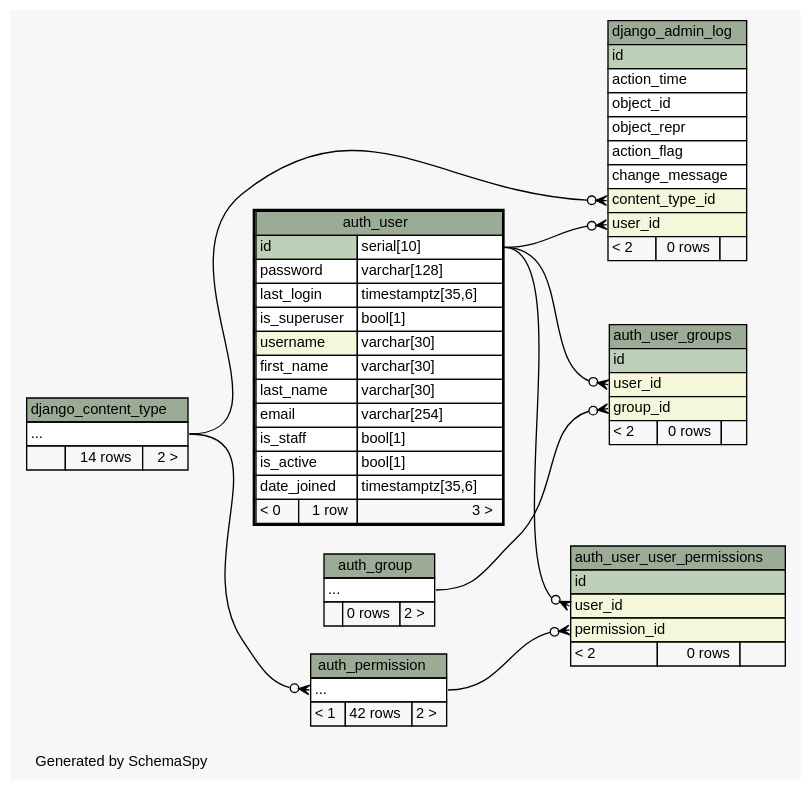
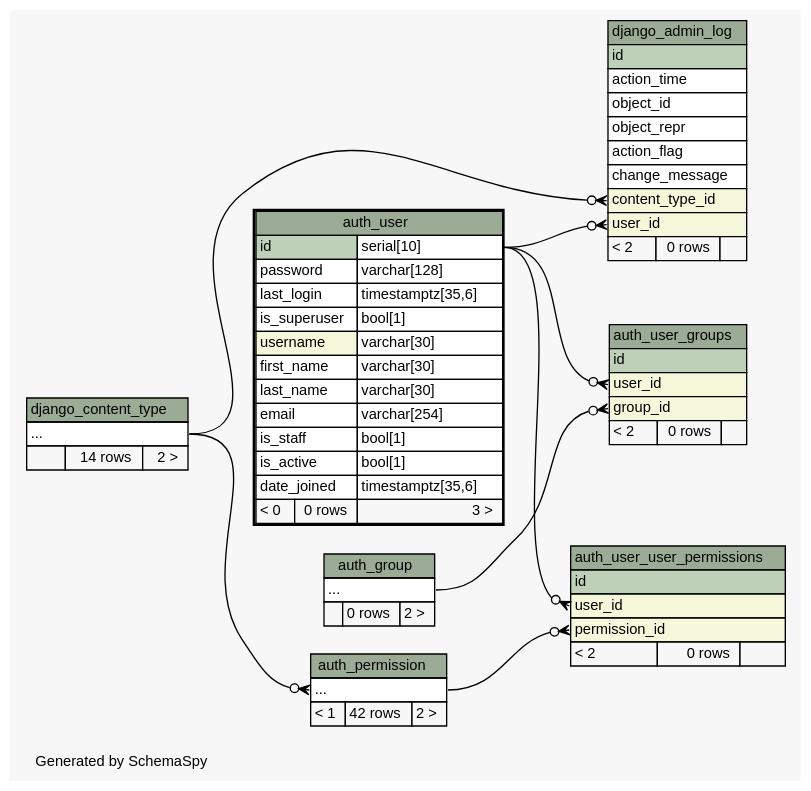
The diagram in database/schema/diagrams/auth_user.2degrees.dot (jingyayeah/multiscale-galactose), drawn with Graphviz before and after one commit. The commit also changed 79 other files, not shown here.

Commit message:
Optimized queries with select_related and prefatch_related and new database schema overview

```diff
--- a/database/schema/diagrams/auth_user.2degrees.dot
+++ b/database/schema/diagrams/auth_user.2degrees.dot
@@ -1,120 +1,120 @@
 // dot 2.36.0 on Linux 3.13.0-43-generic
 // SchemaSpy rev 590
 digraph "twoDegreesRelationshipsDiagram" {
   graph [
     rankdir="RL"
     bgcolor="#f7f7f7"
     label="\nGenerated by SchemaSpy"
     labeljust="l"
     nodesep="0.18"
     ranksep="0.46"
     fontname="Helvetica"
     fontsize="11"
   ];
   node [
     fontname="Helvetica"
     fontsize="11"
     shape="plaintext"
   ];
   edge [
     arrowsize="0.8"
   ];
   "auth_permission":"elipses":w -> "django_content_type":"elipses":e [arrowhead=none dir=back arrowtail=crowodot];
   "auth_user_groups":"group_id":w -> "auth_group":"elipses":e [arrowhead=none dir=back arrowtail=crowodot];
   "auth_user_groups":"user_id":w -> "auth_user":"id.type":e [arrowhead=none dir=back arrowtail=crowodot];
   "auth_user_user_permissions":"permission_id":w -> "auth_permission":"elipses":e [arrowhead=none dir=back arrowtail=crowodot];
   "auth_user_user_permissions":"user_id":w -> "auth_user":"id.type":e [arrowhead=none dir=back arrowtail=crowodot];
   "django_admin_log":"content_type_id":w -> "django_content_type":"elipses":e [arrowhead=none dir=back arrowtail=crowodot];
   "django_admin_log":"user_id":w -> "auth_user":"id.type":e [arrowhead=none dir=back arrowtail=crowodot];
   "auth_group" [
     label=<
     <TABLE BORDER="0" CELLBORDER="1" CELLSPACING="0" BGCOLOR="#ffffff">
       <TR><TD COLSPAN="3" BGCOLOR="#9bab96" ALIGN="CENTER">auth_group</TD></TR>
       <TR><TD PORT="elipses" COLSPAN="3" ALIGN="LEFT">...</TD></TR>
       <TR><TD ALIGN="LEFT" BGCOLOR="#f7f7f7">  </TD><TD ALIGN="RIGHT" BGCOLOR="#f7f7f7">0 rows</TD><TD ALIGN="RIGHT" BGCOLOR="#f7f7f7">2 &gt;</TD></TR>
     </TABLE>>
     URL="auth_group.html"
     tooltip="auth_group"
   ];
   "auth_permission" [
     label=<
     <TABLE BORDER="0" CELLBORDER="1" CELLSPACING="0" BGCOLOR="#ffffff">
       <TR><TD COLSPAN="3" BGCOLOR="#9bab96" ALIGN="CENTER">auth_permission</TD></TR>
       <TR><TD PORT="elipses" COLSPAN="3" ALIGN="LEFT">...</TD></TR>
       <TR><TD ALIGN="LEFT" BGCOLOR="#f7f7f7">&lt; 1</TD><TD ALIGN="RIGHT" BGCOLOR="#f7f7f7">42 rows</TD><TD ALIGN="RIGHT" BGCOLOR="#f7f7f7">2 &gt;</TD></TR>
     </TABLE>>
     URL="auth_permission.html"
     tooltip="auth_permission"
   ];
   "auth_user" [
     label=<
     <TABLE BORDER="2" CELLBORDER="1" CELLSPACING="0" BGCOLOR="#ffffff">
       <TR><TD COLSPAN="3" BGCOLOR="#9bab96" ALIGN="CENTER">auth_user</TD></TR>
       <TR><TD PORT="id" COLSPAN="2" BGCOLOR="#bed1b8" ALIGN="LEFT">id</TD><TD PORT="id.type" ALIGN="LEFT">serial[10]</TD></TR>
       <TR><TD PORT="password" COLSPAN="2" ALIGN="LEFT">password</TD><TD PORT="password.type" ALIGN="LEFT">varchar[128]</TD></TR>
       <TR><TD PORT="last_login" COLSPAN="2" ALIGN="LEFT">last_login</TD><TD PORT="last_login.type" ALIGN="LEFT">timestamptz[35,6]</TD></TR>
       <TR><TD PORT="is_superuser" COLSPAN="2" ALIGN="LEFT">is_superuser</TD><TD PORT="is_superuser.type" ALIGN="LEFT">bool[1]</TD></TR>
       <TR><TD PORT="username" COLSPAN="2" BGCOLOR="#f4f7da" ALIGN="LEFT">username</TD><TD PORT="username.type" ALIGN="LEFT">varchar[30]</TD></TR>
       <TR><TD PORT="first_name" COLSPAN="2" ALIGN="LEFT">first_name</TD><TD PORT="first_name.type" ALIGN="LEFT">varchar[30]</TD></TR>
       <TR><TD PORT="last_name" COLSPAN="2" ALIGN="LEFT">last_name</TD><TD PORT="last_name.type" ALIGN="LEFT">varchar[30]</TD></TR>
       <TR><TD PORT="email" COLSPAN="2" ALIGN="LEFT">email</TD><TD PORT="email.type" ALIGN="LEFT">varchar[254]</TD></TR>
       <TR><TD PORT="is_staff" COLSPAN="2" ALIGN="LEFT">is_staff</TD><TD PORT="is_staff.type" ALIGN="LEFT">bool[1]</TD></TR>
       <TR><TD PORT="is_active" COLSPAN="2" ALIGN="LEFT">is_active</TD><TD PORT="is_active.type" ALIGN="LEFT">bool[1]</TD></TR>
       <TR><TD PORT="date_joined" COLSPAN="2" ALIGN="LEFT">date_joined</TD><TD PORT="date_joined.type" ALIGN="LEFT">timestamptz[35,6]</TD></TR>
-      <TR><TD ALIGN="LEFT" BGCOLOR="#f7f7f7">&lt; 0</TD><TD ALIGN="RIGHT" BGCOLOR="#f7f7f7">1 row</TD><TD ALIGN="RIGHT" BGCOLOR="#f7f7f7">3 &gt;</TD></TR>
+      <TR><TD ALIGN="LEFT" BGCOLOR="#f7f7f7">&lt; 0</TD><TD ALIGN="RIGHT" BGCOLOR="#f7f7f7">0 rows</TD><TD ALIGN="RIGHT" BGCOLOR="#f7f7f7">3 &gt;</TD></TR>
     </TABLE>>
     URL="auth_user.html"
     tooltip="auth_user"
   ];
   "auth_user_groups" [
     label=<
     <TABLE BORDER="0" CELLBORDER="1" CELLSPACING="0" BGCOLOR="#ffffff">
       <TR><TD COLSPAN="3" BGCOLOR="#9bab96" ALIGN="CENTER">auth_user_groups</TD></TR>
       <TR><TD PORT="id" COLSPAN="3" BGCOLOR="#bed1b8" ALIGN="LEFT">id</TD></TR>
       <TR><TD PORT="user_id" COLSPAN="3" BGCOLOR="#f4f7da" ALIGN="LEFT">user_id</TD></TR>
       <TR><TD PORT="group_id" COLSPAN="3" BGCOLOR="#f4f7da" ALIGN="LEFT">group_id</TD></TR>
       <TR><TD ALIGN="LEFT" BGCOLOR="#f7f7f7">&lt; 2</TD><TD ALIGN="RIGHT" BGCOLOR="#f7f7f7">0 rows</TD><TD ALIGN="RIGHT" BGCOLOR="#f7f7f7">  </TD></TR>
     </TABLE>>
     URL="auth_user_groups.html"
     tooltip="auth_user_groups"
   ];
   "auth_user_user_permissions" [
     label=<
     <TABLE BORDER="0" CELLBORDER="1" CELLSPACING="0" BGCOLOR="#ffffff">
       <TR><TD COLSPAN="3" BGCOLOR="#9bab96" ALIGN="CENTER">auth_user_user_permissions</TD></TR>
       <TR><TD PORT="id" COLSPAN="3" BGCOLOR="#bed1b8" ALIGN="LEFT">id</TD></TR>
       <TR><TD PORT="user_id" COLSPAN="3" BGCOLOR="#f4f7da" ALIGN="LEFT">user_id</TD></TR>
       <TR><TD PORT="permission_id" COLSPAN="3" BGCOLOR="#f4f7da" ALIGN="LEFT">permission_id</TD></TR>
       <TR><TD ALIGN="LEFT" BGCOLOR="#f7f7f7">&lt; 2</TD><TD ALIGN="RIGHT" BGCOLOR="#f7f7f7">0 rows</TD><TD ALIGN="RIGHT" BGCOLOR="#f7f7f7">  </TD></TR>
     </TABLE>>
     URL="auth_user_user_permissions.html"
     tooltip="auth_user_user_permissions"
   ];
   "django_admin_log" [
     label=<
     <TABLE BORDER="0" CELLBORDER="1" CELLSPACING="0" BGCOLOR="#ffffff">
       <TR><TD COLSPAN="3" BGCOLOR="#9bab96" ALIGN="CENTER">django_admin_log</TD></TR>
       <TR><TD PORT="id" COLSPAN="3" BGCOLOR="#bed1b8" ALIGN="LEFT">id</TD></TR>
       <TR><TD PORT="action_time" COLSPAN="3" ALIGN="LEFT">action_time</TD></TR>
       <TR><TD PORT="object_id" COLSPAN="3" ALIGN="LEFT">object_id</TD></TR>
       <TR><TD PORT="object_repr" COLSPAN="3" ALIGN="LEFT">object_repr</TD></TR>
       <TR><TD PORT="action_flag" COLSPAN="3" ALIGN="LEFT">action_flag</TD></TR>
       <TR><TD PORT="change_message" COLSPAN="3" ALIGN="LEFT">change_message</TD></TR>
       <TR><TD PORT="content_type_id" COLSPAN="3" BGCOLOR="#f4f7da" ALIGN="LEFT">content_type_id</TD></TR>
       <TR><TD PORT="user_id" COLSPAN="3" BGCOLOR="#f4f7da" ALIGN="LEFT">user_id</TD></TR>
       <TR><TD ALIGN="LEFT" BGCOLOR="#f7f7f7">&lt; 2</TD><TD ALIGN="RIGHT" BGCOLOR="#f7f7f7">0 rows</TD><TD ALIGN="RIGHT" BGCOLOR="#f7f7f7">  </TD></TR>
     </TABLE>>
     URL="django_admin_log.html"
     tooltip="django_admin_log"
   ];
   "django_content_type" [
     label=<
     <TABLE BORDER="0" CELLBORDER="1" CELLSPACING="0" BGCOLOR="#ffffff">
       <TR><TD COLSPAN="3" BGCOLOR="#9bab96" ALIGN="CENTER">django_content_type</TD></TR>
       <TR><TD PORT="elipses" COLSPAN="3" ALIGN="LEFT">...</TD></TR>
       <TR><TD ALIGN="LEFT" BGCOLOR="#f7f7f7">  </TD><TD ALIGN="RIGHT" BGCOLOR="#f7f7f7">14 rows</TD><TD ALIGN="RIGHT" BGCOLOR="#f7f7f7">2 &gt;</TD></TR>
     </TABLE>>
     URL="django_content_type.html"
     tooltip="django_content_type"
   ];
 }
```
